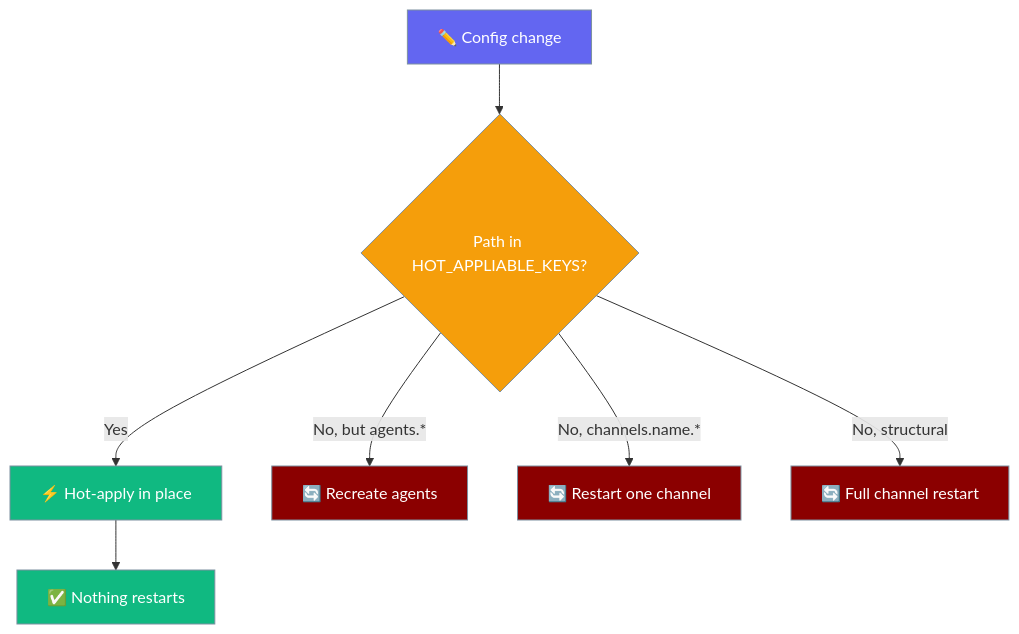
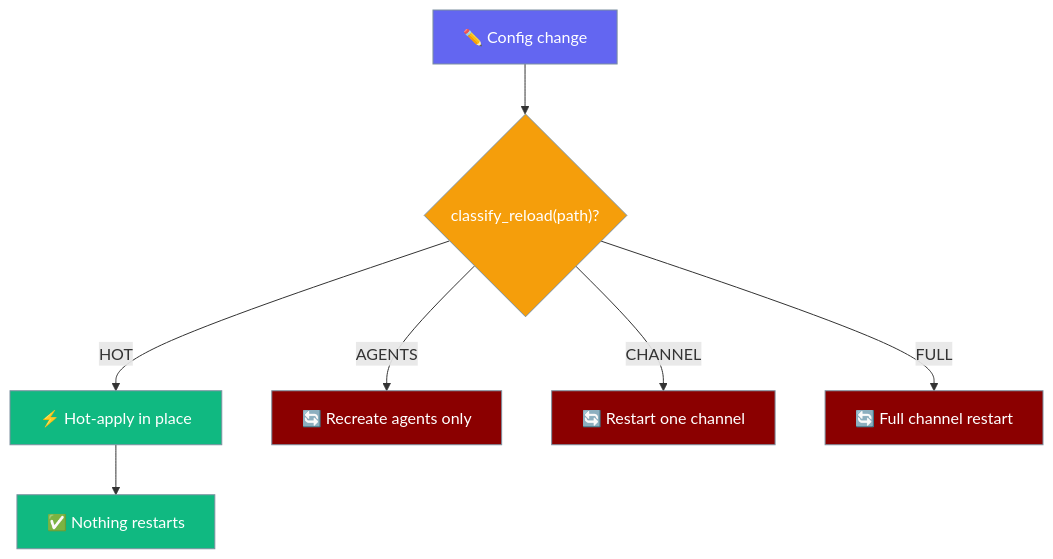
The fourth of 6 diagrams in docs/features/gateway-hot-reload.mdx (MervinPraison/PraisonAIDocs), drawn with Mermaid before and after one commit. The commit also changed other lines of this file and 1 other file, not shown here.

Commit message:
docs: extend gateway hot-reload with ReloadScope + classify_reload (fixes #2498)

````diff
--- a/docs/features/gateway-hot-reload.mdx
+++ b/docs/features/gateway-hot-reload.mdx
@@ -227,19 +227,19 @@
 ```mermaid
 graph TB
-    Change[✏️ Config change] --> Q{Path in HOT_APPLIABLE_KEYS?}
-    Q -->|Yes| Hot[⚡ Hot-apply in place]
-    Q -->|No, but agents.*| Agents[🔄 Recreate agents]
-    Q -->|No, channels.name.*| Channel[🔄 Restart one channel]
-    Q -->|No, structural| Full[🔄 Full channel restart]
+    Change[✏️ Config change] --> Q{classify_reload#40;path#41;?}
+    Q -->|HOT| Hot[⚡ Hot-apply in place]
+    Q -->|AGENTS| Agents[🔄 Recreate agents only]
+    Q -->|CHANNEL| Channel[🔄 Restart one channel]
+    Q -->|FULL| Full[🔄 Full channel restart]
     Hot --> None[✅ Nothing restarts]
 
     classDef change fill:#6366F1,stroke:#7C90A0,color:#fff
     classDef check fill:#F59E0B,stroke:#7C90A0,color:#fff
     classDef restart fill:#8B0000,stroke:#7C90A0,color:#fff
     classDef good fill:#10B981,stroke:#7C90A0,color:#fff
 
     class Change change
     class Q check
     class Hot,None good
     class Agents,Channel,Full restart
 ```
````
